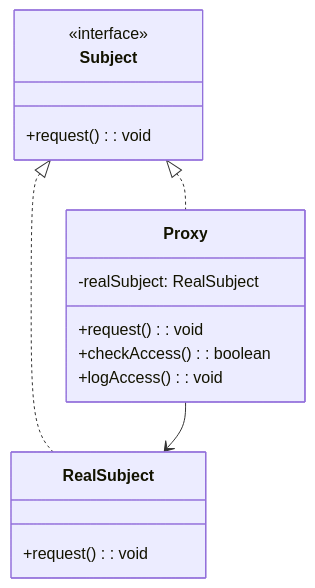
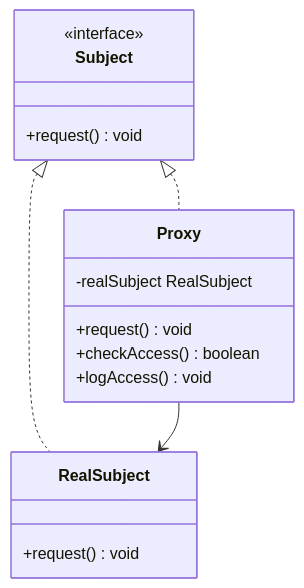
One commit to chihhung/Blog changed diagram 12 of 29 in content/posts/教學/分析與設計/Design Pattern教學.md. Above: the diagram before and after it, drawn with Mermaid. The commit also changed other lines of this file and 5 other files, not shown here.

````diff
--- a/content/posts/教學/分析與設計/Design Pattern教學.md
+++ b/content/posts/教學/分析與設計/Design Pattern教學.md
@@ -2191,22 +2191,22 @@
 ```mermaid
 classDiagram
     class Subject {
         <<interface>>
-        +request(): void
+        +request() void
     }
     
     class RealSubject {
-        +request(): void
+        +request() void
     }
     
     class Proxy {
-        -realSubject: RealSubject
-        +request(): void
-        +checkAccess(): boolean
-        +logAccess(): void
+        -realSubject RealSubject
+        +request() void
+        +checkAccess() boolean
+        +logAccess() void
     }
     
     Subject <|.. RealSubject
     Subject <|.. Proxy
     Proxy --> RealSubject
 ```
````
